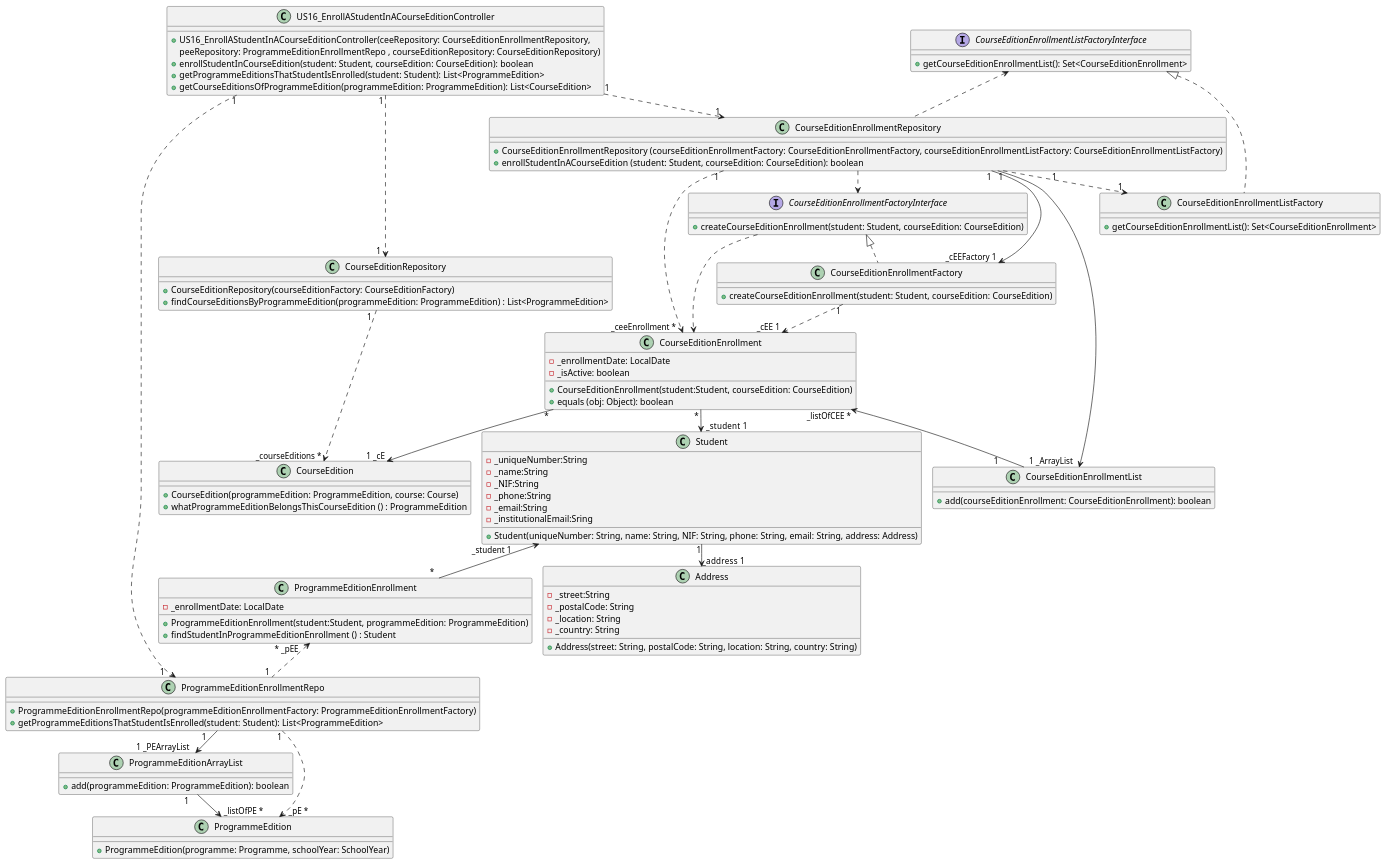
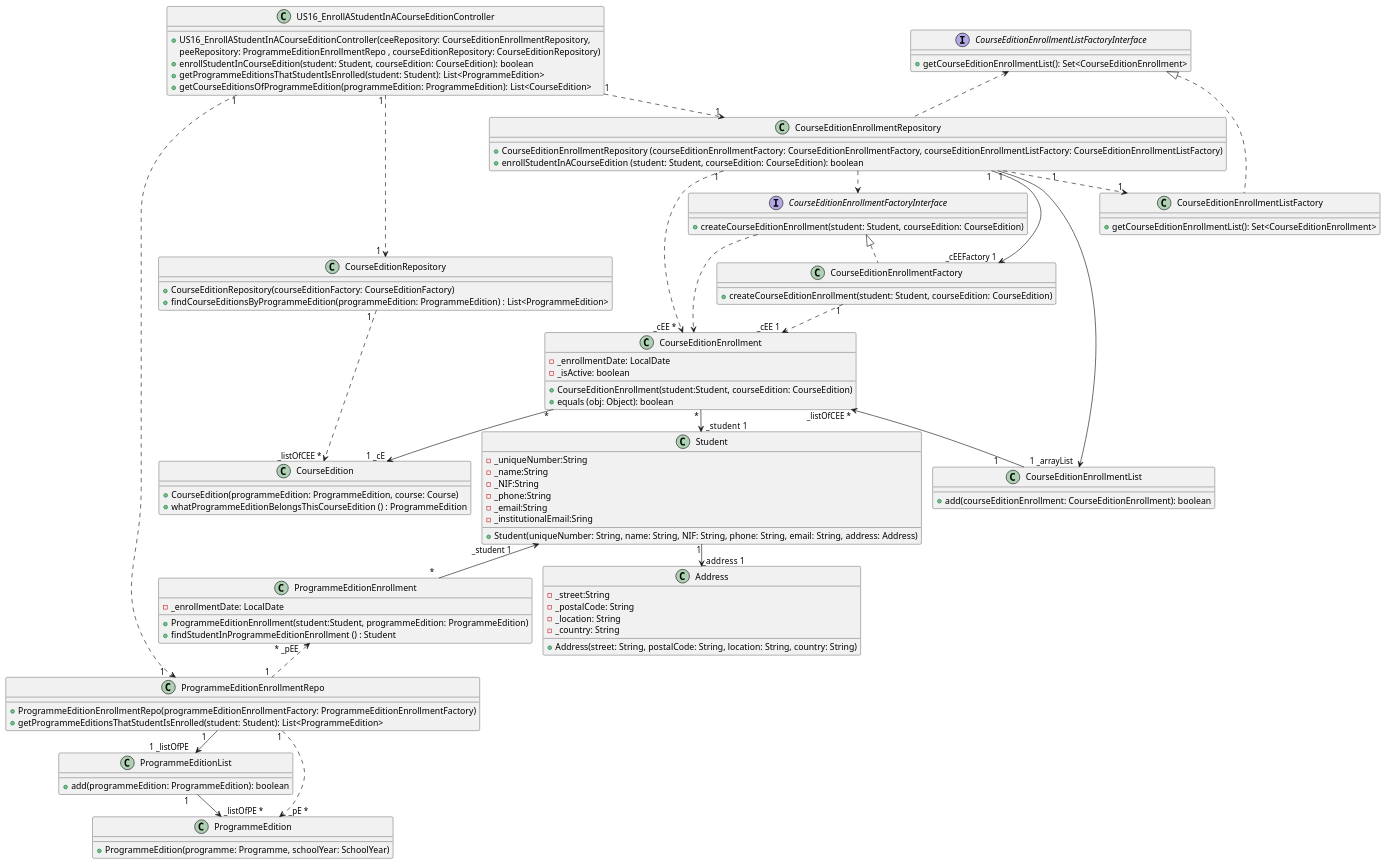
One commit to GasparISEP/DevOps-PAI changed the diagram in docs/US16/US16_EnrollAStudentInACourseEdition_ClassDiagram.puml. Above: the diagram before and after it, drawn with PlantUML.

Commit message:
Refactor US16_ClassDiagram, correcting names of classes and connections

```diff
--- a/docs/US16/US16_EnrollAStudentInACourseEdition_ClassDiagram.puml
+++ b/docs/US16/US16_EnrollAStudentInACourseEdition_ClassDiagram.puml
@@ -1,115 +1,115 @@
 @startuml
 !pragma layout smetana
 
 class US16_EnrollAStudentInACourseEditionController {
     +US16_EnrollAStudentInACourseEditionController(ceeRepository: CourseEditionEnrollmentRepository,
     peeRepository: ProgrammeEditionEnrollmentRepo , courseEditionRepository: CourseEditionRepository)
     +enrollStudentInCourseEdition(student: Student, courseEdition: CourseEdition): boolean
     +getProgrammeEditionsThatStudentIsEnrolled(student: Student): List<ProgrammeEdition>
     +getCourseEditionsOfProgrammeEdition(programmeEdition: ProgrammeEdition): List<CourseEdition>
 }
 
 class CourseEditionEnrollmentFactory{
     +createCourseEditionEnrollment(student: Student, courseEdition: CourseEdition)
 }
 
 class CourseEditionEnrollment {
     -_enrollmentDate: LocalDate
     - _isActive: boolean
     +CourseEditionEnrollment(student:Student, courseEdition: CourseEdition)
     +equals (obj: Object): boolean
 }
 
-class ProgrammeEditionArrayList{
+class ProgrammeEditionList{
     +add(programmeEdition: ProgrammeEdition): boolean
 }
 
 interface CourseEditionEnrollmentListFactoryInterface{
     +getCourseEditionEnrollmentList(): Set<CourseEditionEnrollment>
 }
 
 class CourseEditionEnrollmentListFactory {
     +getCourseEditionEnrollmentList(): Set<CourseEditionEnrollment>
 }
 
 interface CourseEditionEnrollmentFactoryInterface{
     +createCourseEditionEnrollment(student: Student, courseEdition: CourseEdition)
 }
 
 class CourseEditionEnrollmentRepository {
     +CourseEditionEnrollmentRepository (courseEditionEnrollmentFactory: CourseEditionEnrollmentFactory, courseEditionEnrollmentListFactory: CourseEditionEnrollmentListFactory)
     +enrollStudentInACourseEdition (student: Student, courseEdition: CourseEdition): boolean
 }
 
 class ProgrammeEditionEnrollment {
     -_enrollmentDate: LocalDate
     +ProgrammeEditionEnrollment(student:Student, programmeEdition: ProgrammeEdition)
     +findStudentInProgrammeEditionEnrollment () : Student
 }
 
 class CourseEditionEnrollmentList {
     +add(courseEditionEnrollment: CourseEditionEnrollment): boolean
 }
 
 class ProgrammeEditionEnrollmentRepo {
     +ProgrammeEditionEnrollmentRepo(programmeEditionEnrollmentFactory: ProgrammeEditionEnrollmentFactory)
     +getProgrammeEditionsThatStudentIsEnrolled(student: Student): List<ProgrammeEdition>
 }
 
 class Student {
     -_uniqueNumber:String
     -_name:String
     -_NIF:String
     -_phone:String
     -_email:String
     -_institutionalEmail:Sring
     +Student(uniqueNumber: String, name: String, NIF: String, phone: String, email: String, address: Address)
 }
 
 class Address {
      -_street:String
      -_postalCode: String
      -_location: String
      -_country: String
      +Address(street: String, postalCode: String, location: String, country: String)
 }
 
 class CourseEdition {
     +CourseEdition(programmeEdition: ProgrammeEdition, course: Course)
     +whatProgrammeEditionBelongsThisCourseEdition () : ProgrammeEdition
 }
 
 class ProgrammeEdition {
     +ProgrammeEdition(programme: Programme, schoolYear: SchoolYear)
 }
 
 class CourseEditionRepository {
     +CourseEditionRepository(courseEditionFactory: CourseEditionFactory)
     +findCourseEditionsByProgrammeEdition(programmeEdition: ProgrammeEdition) : List<ProgrammeEdition>
 }
 
-CourseEdition "_courseEditions * " <.u. "1  " CourseEditionRepository
+CourseEdition "_listOfCEE * " <.u. "1  " CourseEditionRepository
 Student "  _student  1 " <-u- " * " CourseEditionEnrollment
 CourseEditionEnrollment "    *  " --> "    1 _cE " CourseEdition
 CourseEditionEnrollmentFactory "1 " ..> "_cEE 1 "CourseEditionEnrollment
 CourseEditionEnrollmentFactory "           _cEEFactory 1 " <-u- " 1" CourseEditionEnrollmentRepository
 ProgrammeEditionEnrollment "      *  " -u-> "_student 1             " Student
 ProgrammeEditionEnrollment " * _pEE     " <.. "1 " ProgrammeEditionEnrollmentRepo
 US16_EnrollAStudentInACourseEditionController "1 "..> "1  " CourseEditionRepository
 US16_EnrollAStudentInACourseEditionController "1"..> "1     " ProgrammeEditionEnrollmentRepo
 US16_EnrollAStudentInACourseEditionController "1 "..> "  1  " CourseEditionEnrollmentRepository
 Address "_address  1 " <-u- "  1" Student
 CourseEditionEnrollmentListFactory "1  " <.u. "                       1" CourseEditionEnrollmentRepository
 CourseEditionEnrollmentList "   1            " -u->  "_listOfCEE *" CourseEditionEnrollment
-CourseEditionEnrollmentRepository " 1" -u-> "1 _ArrayList   " CourseEditionEnrollmentList
-CourseEditionEnrollmentRepository"   1  " ..> "    _ceeEnrollment *   "CourseEditionEnrollment
+CourseEditionEnrollmentRepository " 1" -u-> "1 _arrayList   " CourseEditionEnrollmentList
+CourseEditionEnrollmentRepository"   1  " ..> "    _cEE *   "CourseEditionEnrollment
 CourseEditionEnrollmentFactoryInterface <|.. CourseEditionEnrollmentFactory
 CourseEditionEnrollmentListFactoryInterface <|.. CourseEditionEnrollmentListFactory
-ProgrammeEditionEnrollmentRepo"1     " --> "1 _PEArrayList   "ProgrammeEditionArrayList
-ProgrammeEdition" _listOfPE *" <-u- "  1    "ProgrammeEditionArrayList
+ProgrammeEditionEnrollmentRepo"1     " --> "1 _listOfPE   "ProgrammeEditionList
+ProgrammeEdition" _listOfPE *" <-u- "  1    "ProgrammeEditionList
 ProgrammeEditionEnrollmentRepo "1"..> "    _pE *    "ProgrammeEdition
 CourseEditionEnrollmentRepository .u.> CourseEditionEnrollmentListFactoryInterface
 CourseEditionEnrollmentRepository ..> CourseEditionEnrollmentFactoryInterface
 CourseEditionEnrollmentFactoryInterface ..> CourseEditionEnrollment
 
 @enduml
```
